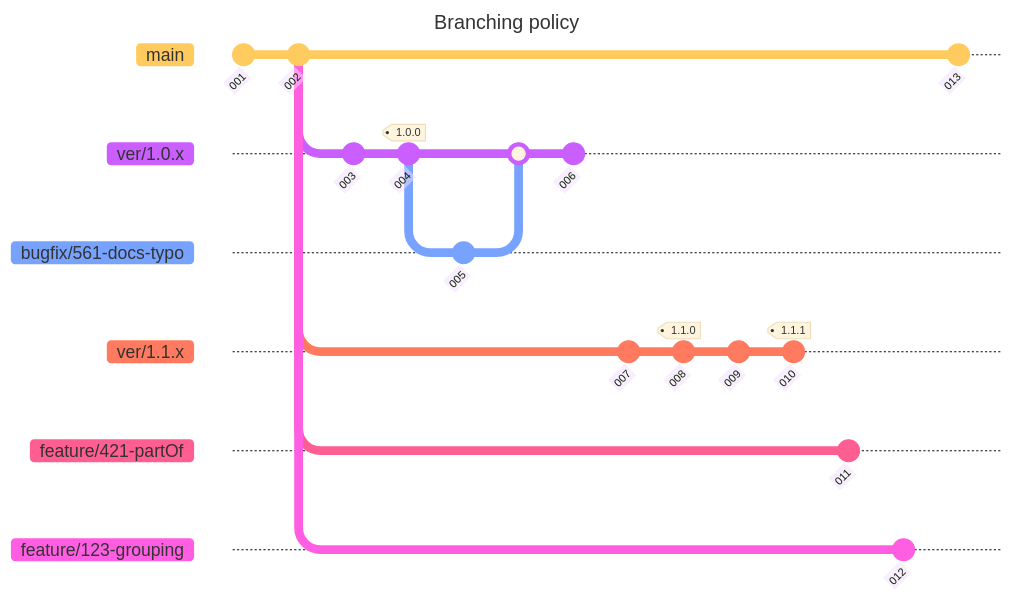
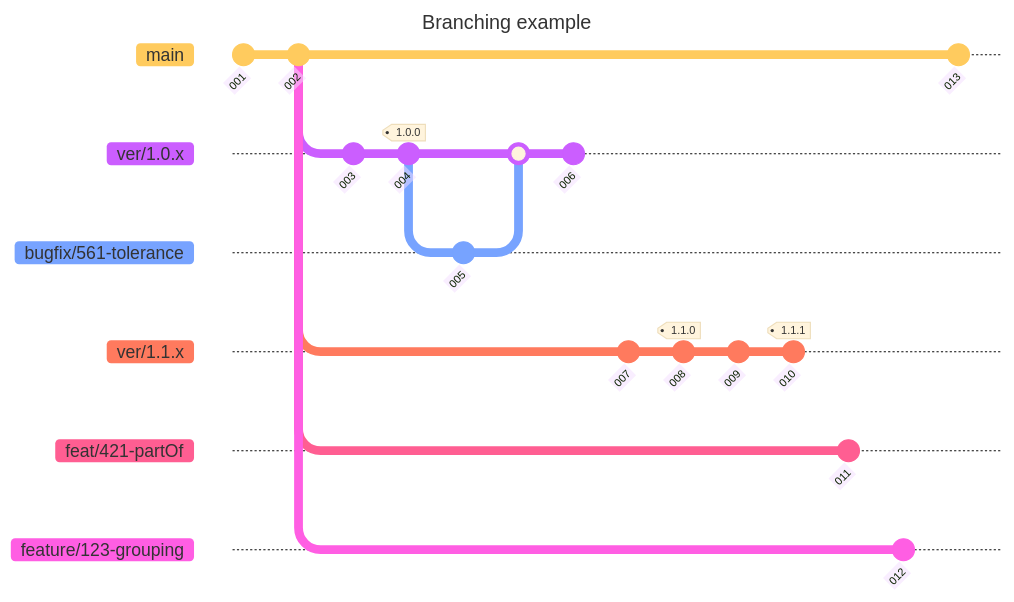
The diagram in .github/BRANCHING.md (buildingSMART/template), drawn with Mermaid before and after one commit. The commit also changed other lines of this file, not shown here.

````diff
--- a/.github/BRANCHING.md
+++ b/.github/BRANCHING.md
@@ -16,37 +32,37 @@
 ```mermaid
 ---
-title: Branching policy
+title: Branching example
 config:
   theme: 'base'
 ---
 gitGraph
    commit id: "001"
    commit id: "002"
    branch ver/1.0.x
    checkout ver/1.0.x
    commit id: "003"
    commit id: "004" tag: "1.0.0"
-   branch bugfix/561-docs-typo
-   checkout bugfix/561-docs-typo
+   branch bugfix/561-tolerance
+   checkout bugfix/561-tolerance
    commit id: "005"
    checkout ver/1.0.x
-   merge bugfix/561-docs-typo
+   merge bugfix/561-tolerance
    commit id: "006"
    checkout main
    branch ver/1.1.x 
    checkout ver/1.1.x 
    commit id: "007"
    commit id: "008" tag: "1.1.0"
    commit id: "009"
    commit id: "010" tag: "1.1.1"
    checkout main
-   branch feature/421-partOf
-   checkout feature/421-partOf
+   branch feat/421-partOf
+   checkout feat/421-partOf
    commit id: "011"
    checkout main
    branch feature/123-grouping
    checkout feature/123-grouping
    commit id: "012"
    checkout main   
    commit id: "013"
 ```
````
